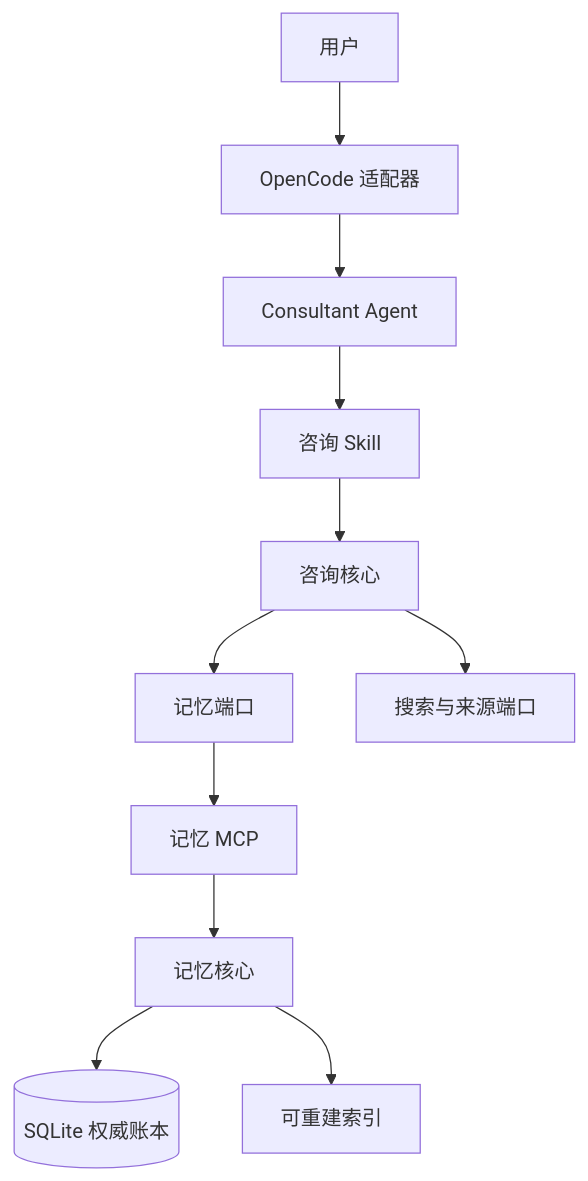
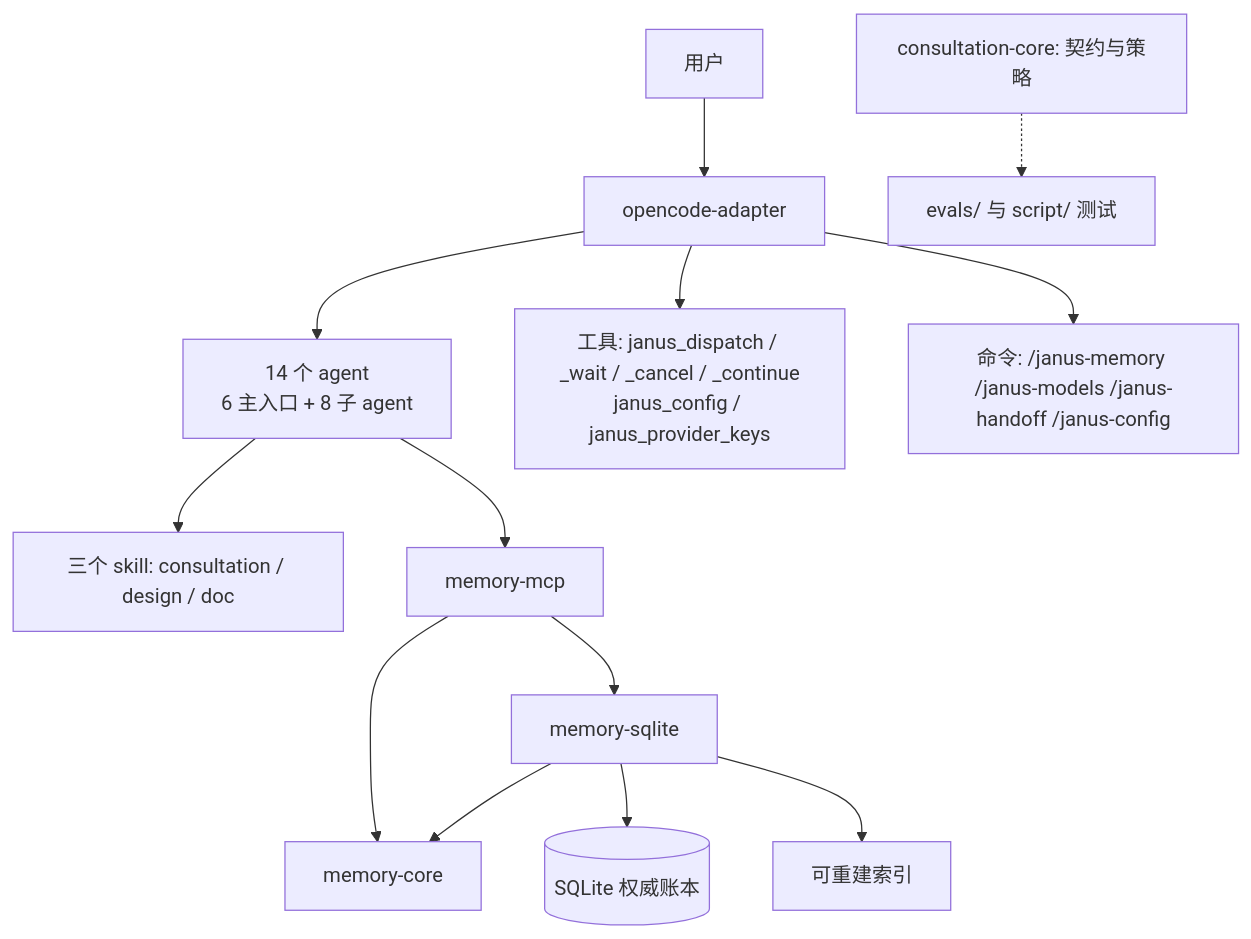
The first of 2 diagrams in docs/architecture.md (Arrowyi/janus-agent-plugin), drawn with Mermaid before and after one commit. The commit also changed other lines of this file and 42 other files, not shown here.

````diff
--- a/docs/architecture.md
+++ b/docs/architecture.md
@@ -39,13 +39,15 @@
 ```mermaid
 flowchart TB
-    U[用户] --> OA[OpenCode 适配器]
-    OA --> A[Consultant Agent]
-    A --> S[咨询 Skill]
-    S --> CC[咨询核心]
-    CC --> MR[记忆端口]
-    MR --> MCP[记忆 MCP]
-    MCP --> MC[记忆核心]
-    MC --> DB[(SQLite 权威账本)]
-    MC --> IDX[可重建索引]
-    CC --> SP[搜索与来源端口]
+    U[用户] --> OA["opencode-adapter"]
+    OA --> AG["14 个 agent<br/>6 主入口 + 8 子 agent"]
+    OA --> TL["工具: janus_dispatch / _wait / _cancel / _continue<br/>janus_config / janus_provider_keys"]
+    OA --> CMD["命令: /janus-memory /janus-models /janus-handoff /janus-config"]
+    AG --> SK["三个 skill: consultation / design / doc"]
+    AG --> MCP["memory-mcp"]
+    MCP --> SQ["memory-sqlite"]
+    MCP --> MC["memory-core"]
+    SQ --> MC
+    SQ --> DB[(SQLite 权威账本)]
+    SQ --> IDX[可重建索引]
+    CC["consultation-core: 契约与策略"] -.-> T["evals/ 与 script/ 测试"]
 ```
````
